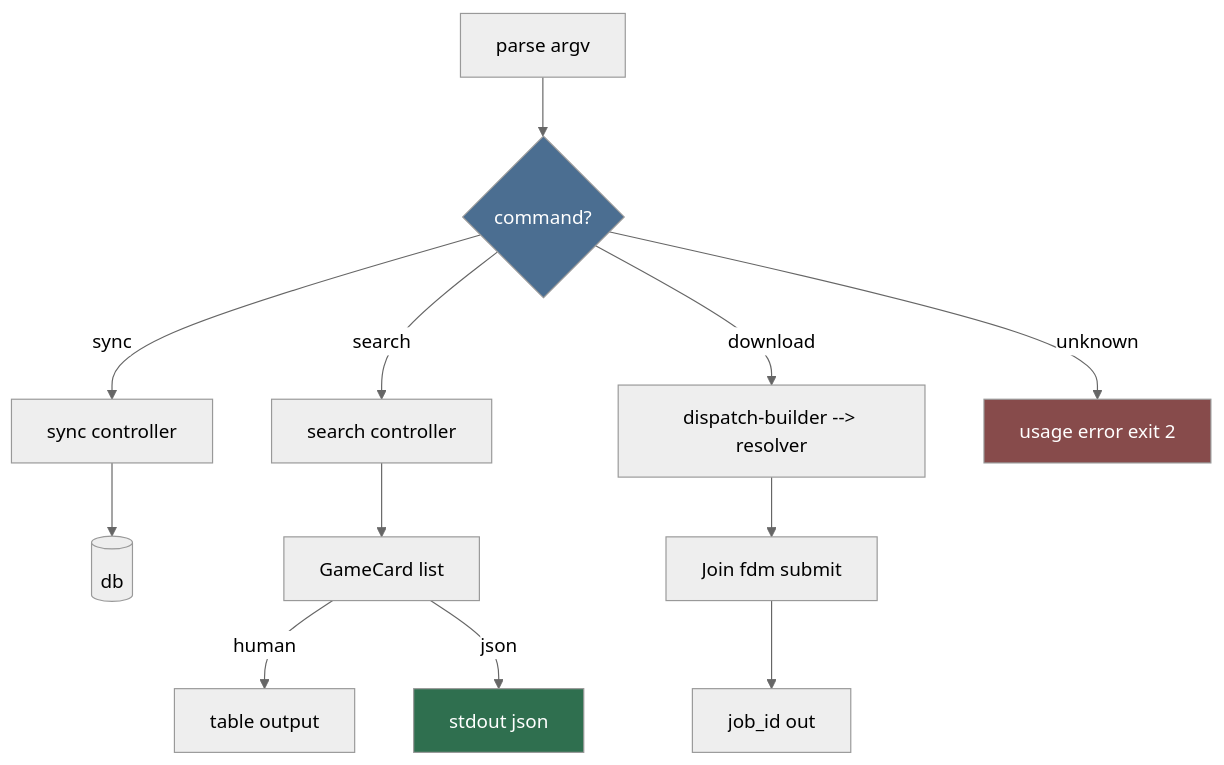
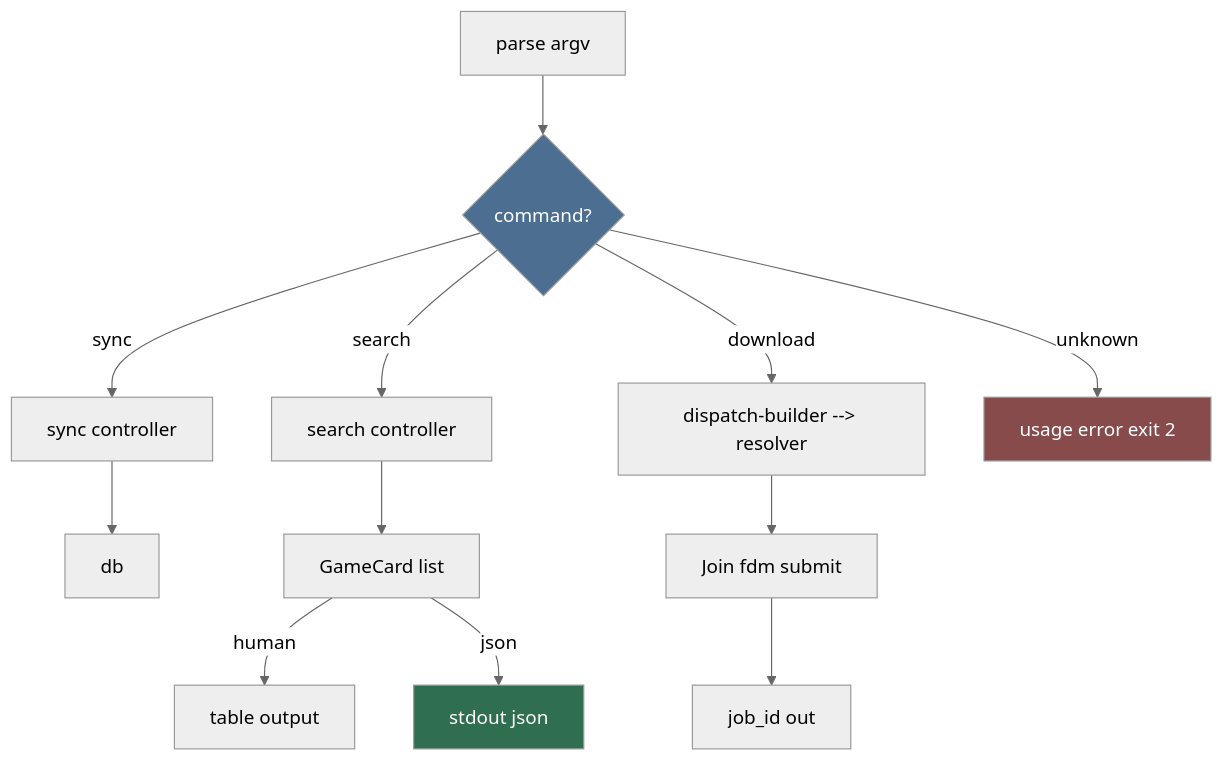
One commit to HELIX-Origin/LewdZone-Launcher changed the diagram in .agents/agents/cli/command-designer/command-designer.md. Above: the diagram before and after it, drawn with Mermaid (neutral theme). The commit also changed 35 other files, not shown here.

First line of the commit message:
🎨 fix(agents): make all mermaid diagrams Rule 09 compliant

````diff
--- a/.agents/agents/cli/command-designer/command-designer.md
+++ b/.agents/agents/cli/command-designer/command-designer.md
@@ -30,17 +30,17 @@
 ```mermaid
 flowchart TD
     A[parse argv] --> B{command?}
-    B -- sync --> C[sync controller] --> D[(db)]
+    B -- sync --> C[sync controller] --> D["db"]
     B -- search --> E[search controller]
     E --> F[GameCard list]
     F -- human --> G[table output]
     F -- json --> H[stdout json]
-    B -- download --> I[dispatch-builder --> resolver]
+    B -- download --> I["dispatch-builder --> resolver"]
     I --> J[Join fdm submit]
     J --> K[job_id out]
     B -- unknown --> L[usage error exit 2]
 
     style B fill:#4b6e91,color:#fff
     style H fill:#2f6f4f,color:#fff
     style L fill:#874b4b,color:#fff
 ```
````
